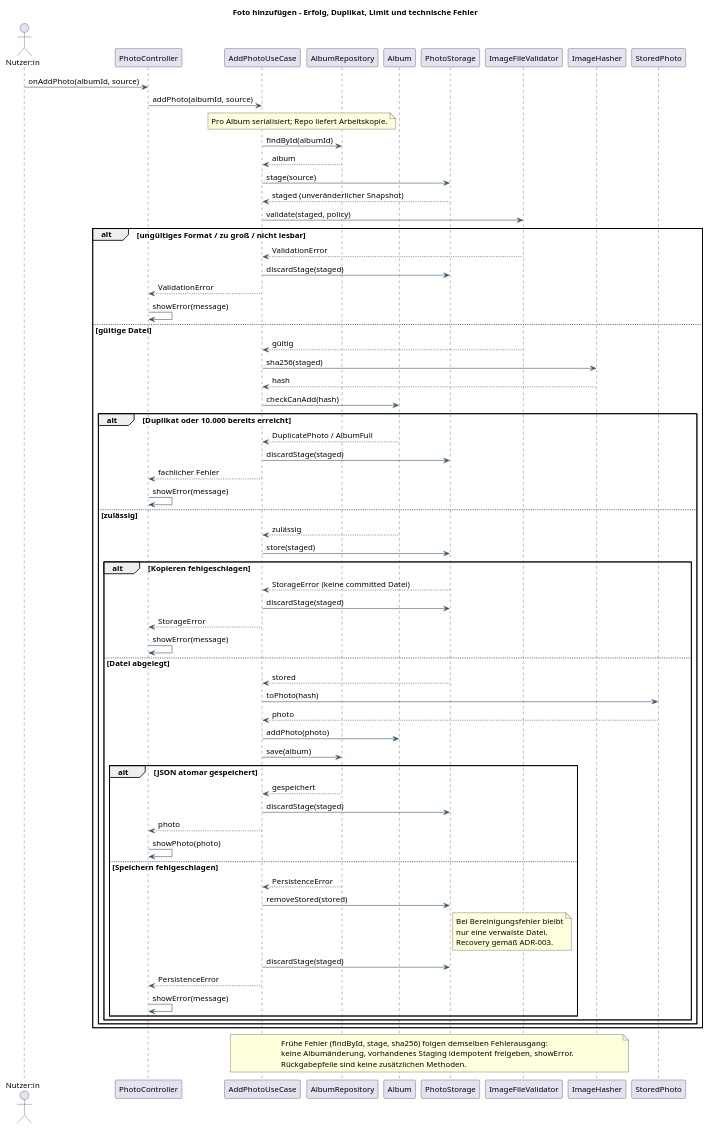
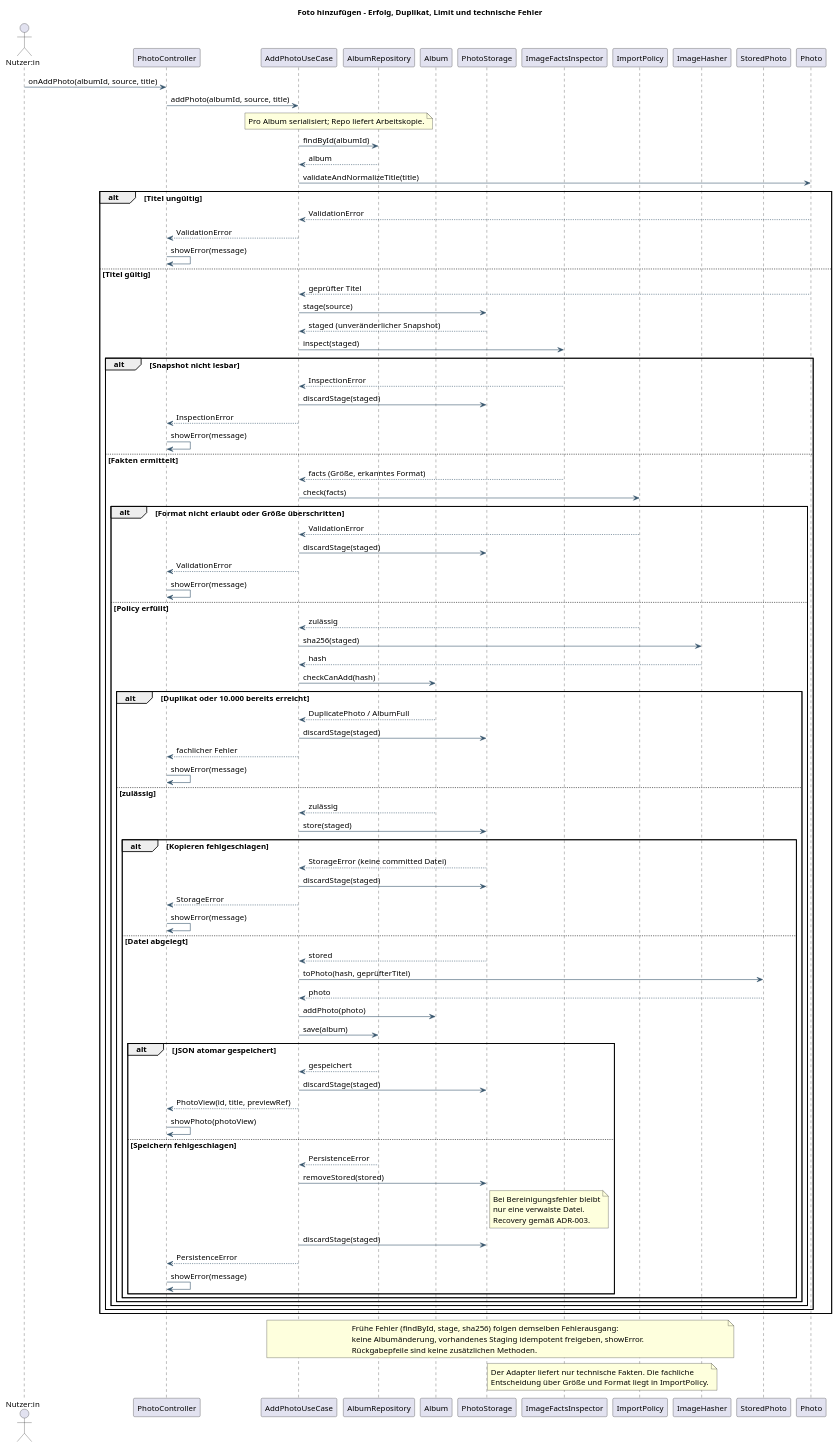
The diagram in docs/design/foto-hinzufuegen.puml (ichessebaeume1/PhotoApp), drawn with PlantUML before and after one commit. The commit also changed 13 other files, not shown here.

```diff
--- a/docs/design/foto-hinzufuegen.puml
+++ b/docs/design/foto-hinzufuegen.puml
@@ -1,83 +1,106 @@
 @startuml
 skinparam backgroundColor white
 skinparam shadowing false
 skinparam defaultFontName SansSerif
 skinparam defaultFontSize 14
 skinparam classAttributeIconSize 0
 skinparam packageStyle rectangle
 skinparam ArrowColor #34536B
 skinparam classBackgroundColor #F1F6FA
 skinparam classBorderColor #34536B
 title Foto hinzufügen – Erfolg, Duplikat, Limit und technische Fehler
 actor "Nutzer:in" as User
 participant PhotoController as UI
 participant AddPhotoUseCase as UC
 participant AlbumRepository as Repo
 participant Album
 participant PhotoStorage as Storage
-participant ImageFileValidator as Validator
+participant ImageFactsInspector as Inspector
+participant ImportPolicy as Policy
 participant ImageHasher as Hasher
 participant StoredPhoto as Stored
-User -> UI : onAddPhoto(albumId, source)
-UI -> UC : addPhoto(albumId, source)
+participant Photo
+User -> UI : onAddPhoto(albumId, source, title)
+UI -> UC : addPhoto(albumId, source, title)
 note over UC,Repo : Pro Album serialisiert; Repo liefert Arbeitskopie.
 UC -> Repo : findById(albumId)
 Repo --> UC : album
+UC -> Photo : validateAndNormalizeTitle(title)
+alt Titel ungültig
+ Photo --> UC : ValidationError
+ UC --> UI : ValidationError
+ UI -> UI : showError(message)
+else Titel gültig
+ Photo --> UC : geprüfter Titel
 UC -> Storage : stage(source)
 Storage --> UC : staged (unveränderlicher Snapshot)
-UC -> Validator : validate(staged, policy)
-alt ungültiges Format / zu groß / nicht lesbar
- Validator --> UC : ValidationError
+UC -> Inspector : inspect(staged)
+alt Snapshot nicht lesbar
+ Inspector --> UC : InspectionError
  UC -> Storage : discardStage(staged)
- UC --> UI : ValidationError
+ UC --> UI : InspectionError
  UI -> UI : showError(message)
-else gültige Datei
- Validator --> UC : gültig
+else Fakten ermittelt
+ Inspector --> UC : facts (Größe, erkanntes Format)
+ UC -> Policy : check(facts)
+ alt Format nicht erlaubt oder Größe überschritten
+  Policy --> UC : ValidationError
+  UC -> Storage : discardStage(staged)
+  UC --> UI : ValidationError
+  UI -> UI : showError(message)
+ else Policy erfüllt
+  Policy --> UC : zulässig
  UC -> Hasher : sha256(staged)
  Hasher --> UC : hash
  UC -> Album : checkCanAdd(hash)
  alt Duplikat oder 10.000 bereits erreicht
   Album --> UC : DuplicatePhoto / AlbumFull
   UC -> Storage : discardStage(staged)
   UC --> UI : fachlicher Fehler
   UI -> UI : showError(message)
  else zulässig
   Album --> UC : zulässig
   UC -> Storage : store(staged)
   alt Kopieren fehlgeschlagen
    Storage --> UC : StorageError (keine committed Datei)
    UC -> Storage : discardStage(staged)
    UC --> UI : StorageError
    UI -> UI : showError(message)
   else Datei abgelegt
    Storage --> UC : stored
-   UC -> Stored : toPhoto(hash)
+   UC -> Stored : toPhoto(hash, geprüfterTitel)
    Stored --> UC : photo
    UC -> Album : addPhoto(photo)
    UC -> Repo : save(album)
    alt JSON atomar gespeichert
     Repo --> UC : gespeichert
     UC -> Storage : discardStage(staged)
-    UC --> UI : photo
-    UI -> UI : showPhoto(photo)
+    UC --> UI : PhotoView(id, title, previewRef)
+    UI -> UI : showPhoto(photoView)
    else Speichern fehlgeschlagen
     Repo --> UC : PersistenceError
     UC -> Storage : removeStored(stored)
     note right of Storage
 Bei Bereinigungsfehler bleibt
 nur eine verwaiste Datei.
 Recovery gemäß ADR-003.
 end note
     UC -> Storage : discardStage(staged)
     UC --> UI : PersistenceError
     UI -> UI : showError(message)
    end
   end
  end
+ end
 end
+ end
 note over UC,Hasher
 Frühe Fehler (findById, stage, sha256) folgen demselben Fehlerausgang:
 keine Albumänderung, vorhandenes Staging idempotent freigeben, showError.
 Rückgabepfeile sind keine zusätzlichen Methoden.
 end note
+note over Inspector,Policy
+Der Adapter liefert nur technische Fakten. Die fachliche
+Entscheidung über Größe und Format liegt in ImportPolicy.
+end note
 @enduml
```
